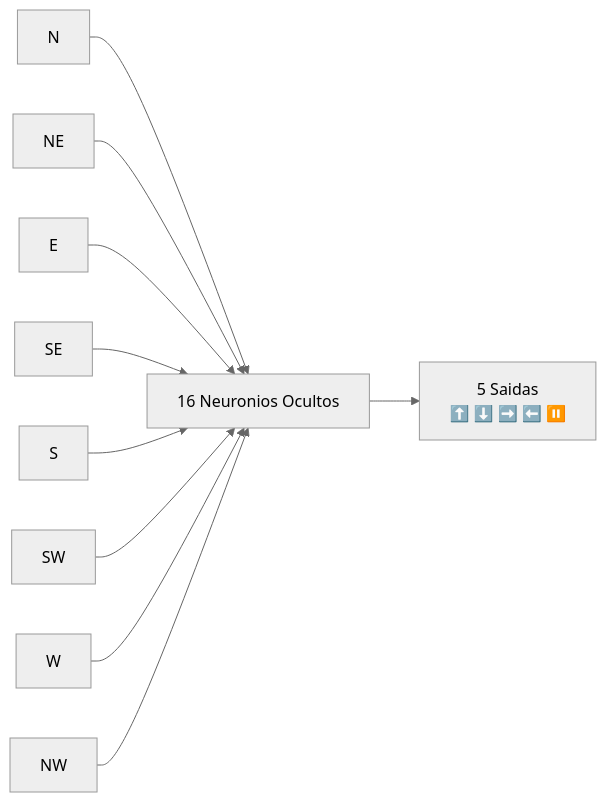
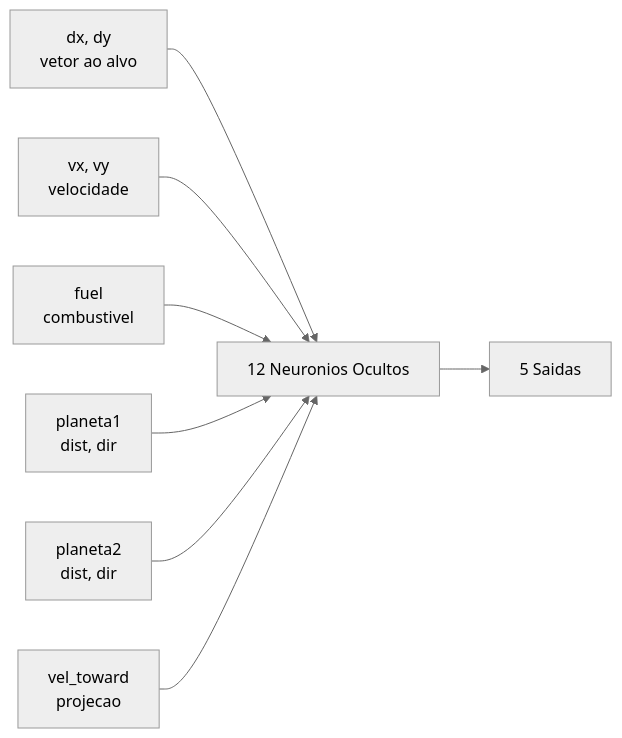
Before and after one commit to ClaudersonXavier/aprendizado-de-maquina-estilingue-espacial: the second of 2 diagrams in docs/agentes/agente-genetico.md, drawn with Mermaid (neutral theme). The commit also changed other lines of this file and 2 other files, not shown here.

````diff
--- a/docs/agentes/agente-genetico.md
+++ b/docs/agentes/agente-genetico.md
@@ -55,12 +55,10 @@
 ```mermaid
 flowchart LR
-    N[N] --> H
-    NE[NE] --> H
-    E[E] --> H
-    SE[SE] --> H
-    S[S] --> H
-    SW[SW] --> H
-    W[W] --> H
-    NW[NW] --> H
-    H[16 Neuronios Ocultos] --> O[5 Saidas<br/>⬆️ ⬇️ ➡️ ⬅️ ⏸️]
+    A[dx, dy<br/>vetor ao alvo] --> H
+    B[vx, vy<br/>velocidade] --> H
+    C[fuel<br/>combustivel] --> H
+    D[planeta1<br/>dist, dir] --> H
+    E[planeta2<br/>dist, dir] --> H
+    F[vel_toward<br/>projecao] --> H
+    H[12 Neuronios Ocultos] --> O[5 Saidas]
 ```
````
